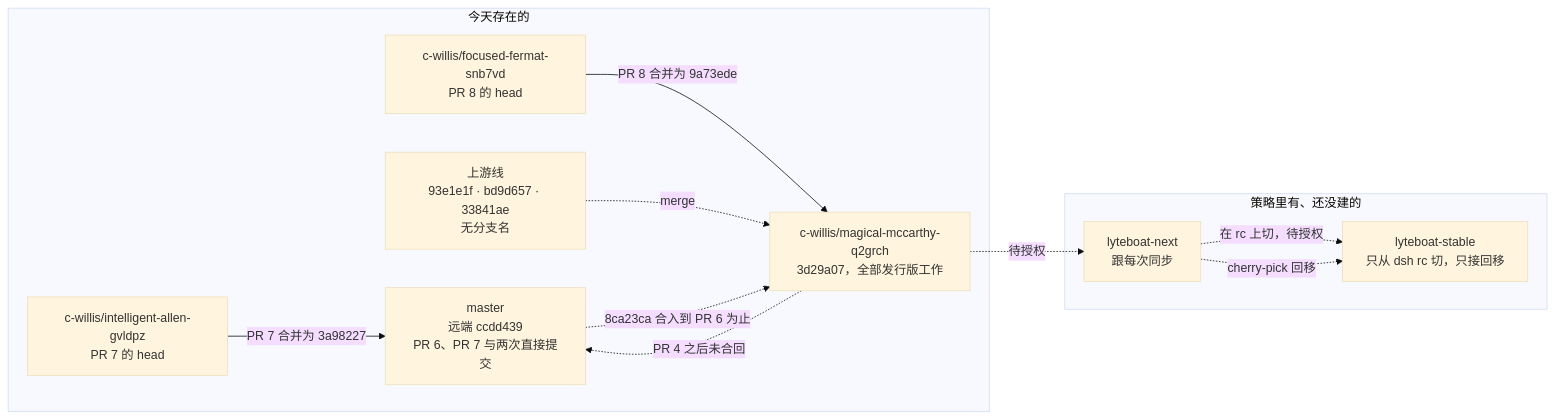
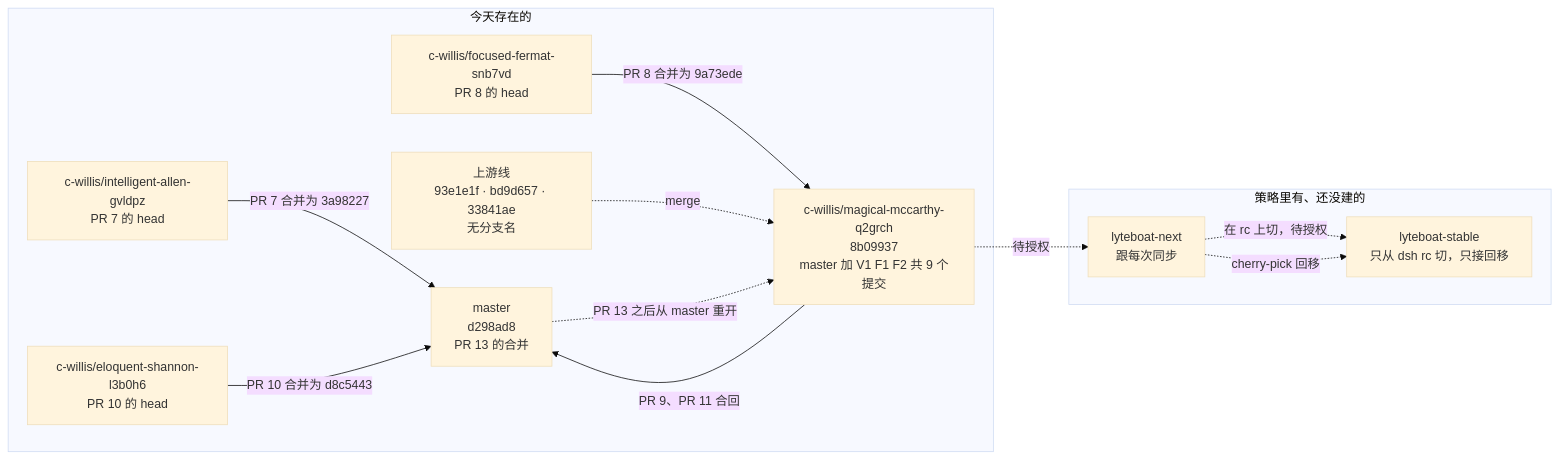
Before and after one commit to lyteboat/boat: diagram 11 of 13 in docs/02-distribution.md, drawn with Mermaid (base theme). The commit also changed other lines of this file and 5 other files, not shown here.

````diff
--- a/docs/02-distribution.md
+++ b/docs/02-distribution.md
@@ -1334,22 +1362,24 @@
 ```mermaid
 flowchart LR
   subgraph NOW["今天存在的"]
-    MASTER["master<br/>远端 ccdd439<br/>PR 6、PR 7 与两次直接提交"]
-    DEV["c-willis/magical-mccarthy-q2grch<br/>3d29a07，全部发行版工作"]
+    MASTER["master<br/>d298ad8<br/>PR 13 的合并"]
+    DEV["c-willis/magical-mccarthy-q2grch<br/>8b09937<br/>master 加 V1 F1 F2 共 9 个提交"]
     FEAT["c-willis/focused-fermat-snb7vd<br/>PR 8 的 head"]
     DOCS["c-willis/intelligent-allen-gvldpz<br/>PR 7 的 head"]
+    LIC["c-willis/eloquent-shannon-l3b0h6<br/>PR 10 的 head"]
     LINE["上游线<br/>93e1e1f · bd9d657 · 33841ae<br/>无分支名"]
   end
   subgraph PLAN["策略里有、还没建的"]
     NEXT["lyteboat-next<br/>跟每次同步"]
     STABLE["lyteboat-stable<br/>只从 dsh rc 切，只接回移"]
   end
   FEAT -->|"PR 8 合并为 9a73ede"| DEV
   DOCS -->|"PR 7 合并为 3a98227"| MASTER
+  LIC -->|"PR 10 合并为 d8c5443"| MASTER
   LINE -.->|"merge"| DEV
-  MASTER -.->|"8ca23ca 合入到 PR 6 为止"| DEV
-  DEV -.->|"PR 4 之后未合回"| MASTER
+  DEV -->|"PR 9、PR 11 合回"| MASTER
+  MASTER -.->|"PR 13 之后从 master 重开"| DEV
   DEV -.->|"待授权"| NEXT
   NEXT -.->|"在 rc 上切，待授权"| STABLE
   NEXT -.->|"cherry-pick 回移"| STABLE
 ```
````
